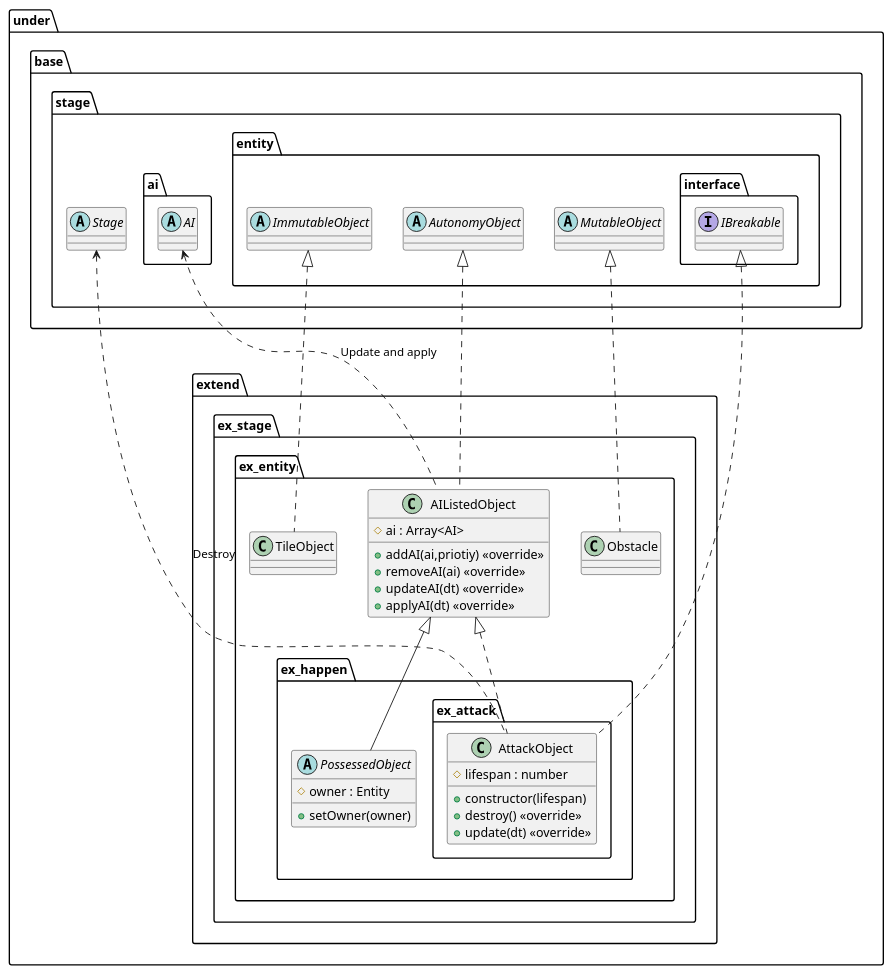
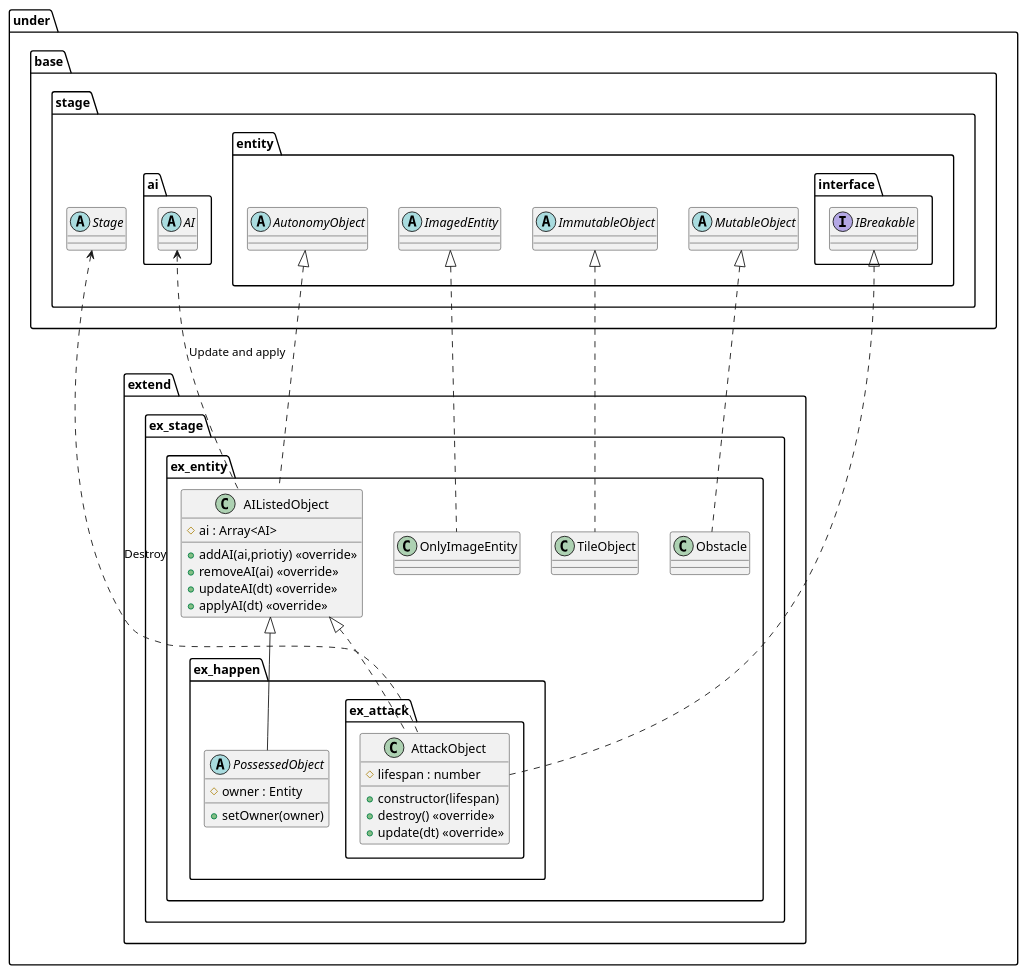
The diagram in uml/entity/Extend.wsd (Expine/Under), drawn with PlantUML before and after one commit. The commit also changed 42 other files, not shown here.

Commit message:
Add only image entity and fix map

```diff
--- a/uml/entity/Extend.wsd
+++ b/uml/entity/Extend.wsd
@@ -1,65 +1,68 @@
 @startuml EntityExtend
 package under {
     package extend {
         package ex_stage {
             package ex_entity {
                 class TileObject
                 class Obstacle
+                class OnlyImageEntity
                 class AIListedObject {
                     #ai : Array<AI>
                     +addAI(ai,priotiy) <<override>>
                     +removeAI(ai) <<override>>
                     +updateAI(dt) <<override>>
                     +applyAI(dt) <<override>>
                 }
                 package ex_happen {
                     package ex_attack {
                         class AttackObject {
                             +constructor(lifespan)
                             #lifespan : number
                             +destroy() <<override>>
                             +update(dt) <<override>>
                         }
                     }
                     abstract PossessedObject {
                         #owner : Entity
                         +setOwner(owner)
                     }
                 }
             }
         }
     }
 }
 
 package under {
     package base {
         package stage {
             abstract Stage
             package ai {
                 abstract AI
             }
             package entity {
+                abstract ImagedEntity
                 abstract ImmutableObject
                 abstract MutableObject
                 abstract AutonomyObject
                 package interface {
                     interface IBreakable
                 }
             }
         }
     }
 }
 
 AI <.. AIListedObject : Update and apply
 
 Stage <.. AttackObject : Destroy
 
+ImagedEntity <|.. OnlyImageEntity
 ImmutableObject <|.. TileObject
 MutableObject <|.. Obstacle
 AutonomyObject <|.. AIListedObject
 
 AIListedObject <|-- PossessedObject
 AIListedObject <|.. AttackObject
 IBreakable <|.. AttackObject
 
 @enduml
```
